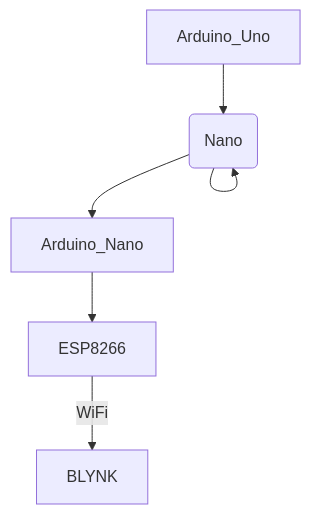
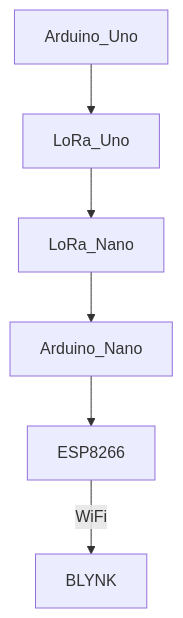
The first of 2 diagrams in README.md (william60302/IoT_Team2), drawn with Mermaid before and after one commit.

````diff
--- a/README.md
+++ b/README.md
@@ -28,8 +28,8 @@
 ```mermaid
 graph TD;
-    Arduino_Uno-->LoRa(Uno);
-    LoRa(Uno)-->LoRa(Nano)
-    LoRa(Nano)-->Arduino_Nano;
+    Arduino_Uno-->LoRa_Uno;
+    LoRa_Uno-->LoRa_Nano
+    LoRa_Nano-->Arduino_Nano;
     Arduino_Nano-->ESP8266;
     ESP8266-- WiFi -->BLYNK
 ```
````
